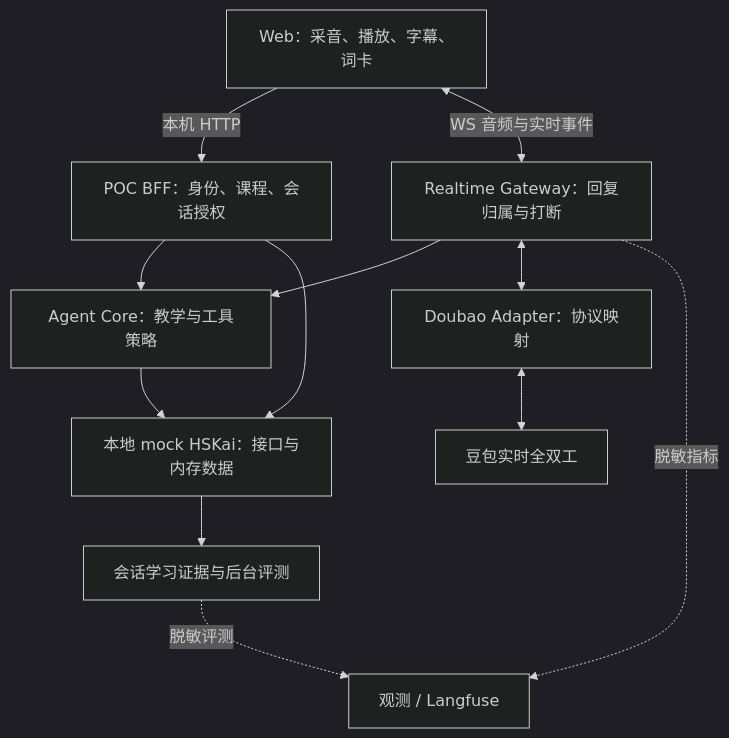
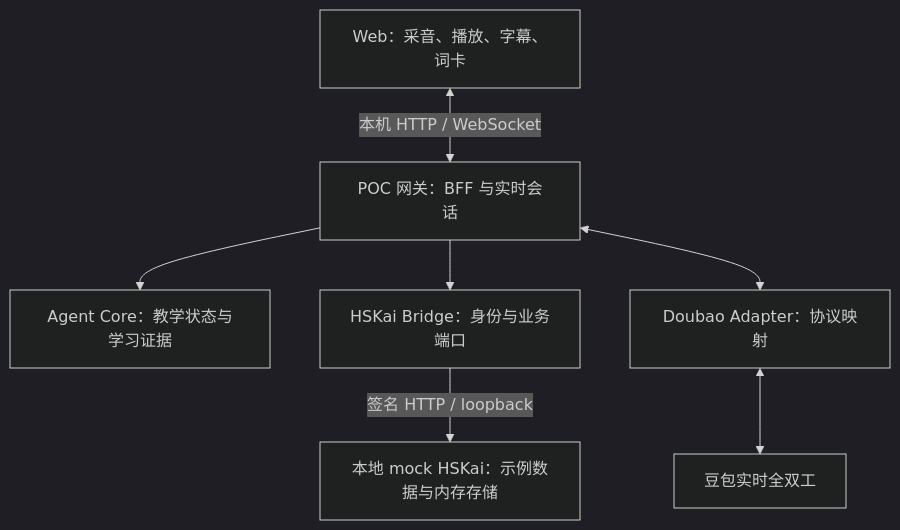
The first of 2 diagrams in README.md (yqhuang-cyber/ask-kai), drawn with Mermaid (dark theme) before and after one commit. The commit also changed other lines of this file, not shown here.

Commit message:
Clarify standalone POC setup and current task status in README

```diff
--- a/README.md
+++ b/README.md
@@ -64,14 +77,9 @@
 ~~~mermaid
 flowchart TB
-    UI["Web：采音、播放、字幕、词卡"] -->|"本机 HTTP"| API["POC BFF：身份、课程、会话授权"]
-    UI <-->|"WS 音频与实时事件"| GW["Realtime Gateway：回复归属与打断"]
-    API --> CORE["Agent Core：教学与工具策略"]
-    API --> DB
-    GW --> CORE
+    UI["Web：采音、播放、字幕、词卡"] <-->|"本机 HTTP / WebSocket"| GW["POC 网关：BFF 与实时会话"]
+    GW --> CORE["Agent Core：教学状态与学习证据"]
+    GW --> BRIDGE["HSKai Bridge：身份与业务端口"]
+    BRIDGE -->|"签名 HTTP / loopback"| MOCK["本地 mock HSKai：示例数据与内存存储"]
     GW <--> ADAPTER["Doubao Adapter：协议映射"]
     ADAPTER <--> DOUBAO["豆包实时全双工"]
-    CORE --> DB["本地 mock HSKai：接口与内存数据"]
-    DB --> WORKER["会话学习证据与后台评测"]
-    GW -. "脱敏指标" .-> OBS["观测 / Langfuse"]
-    WORKER -. "脱敏评测" .-> OBS
 ~~~
```
